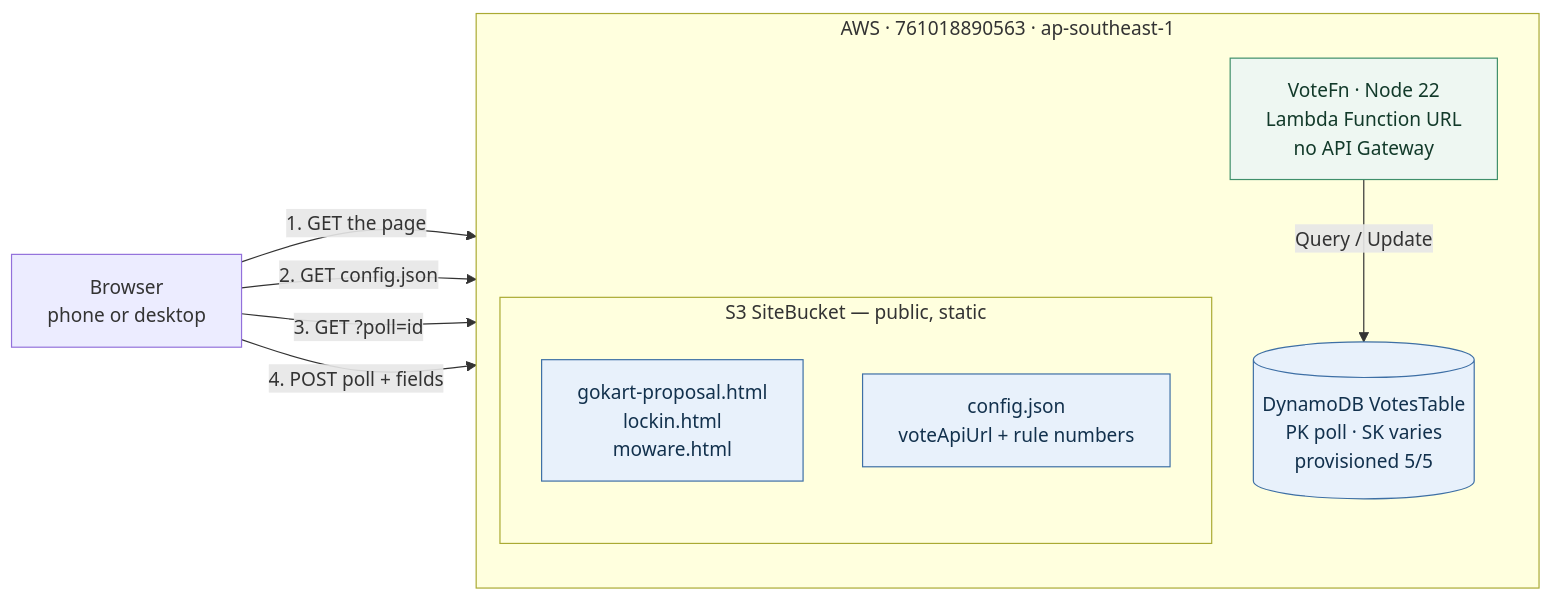
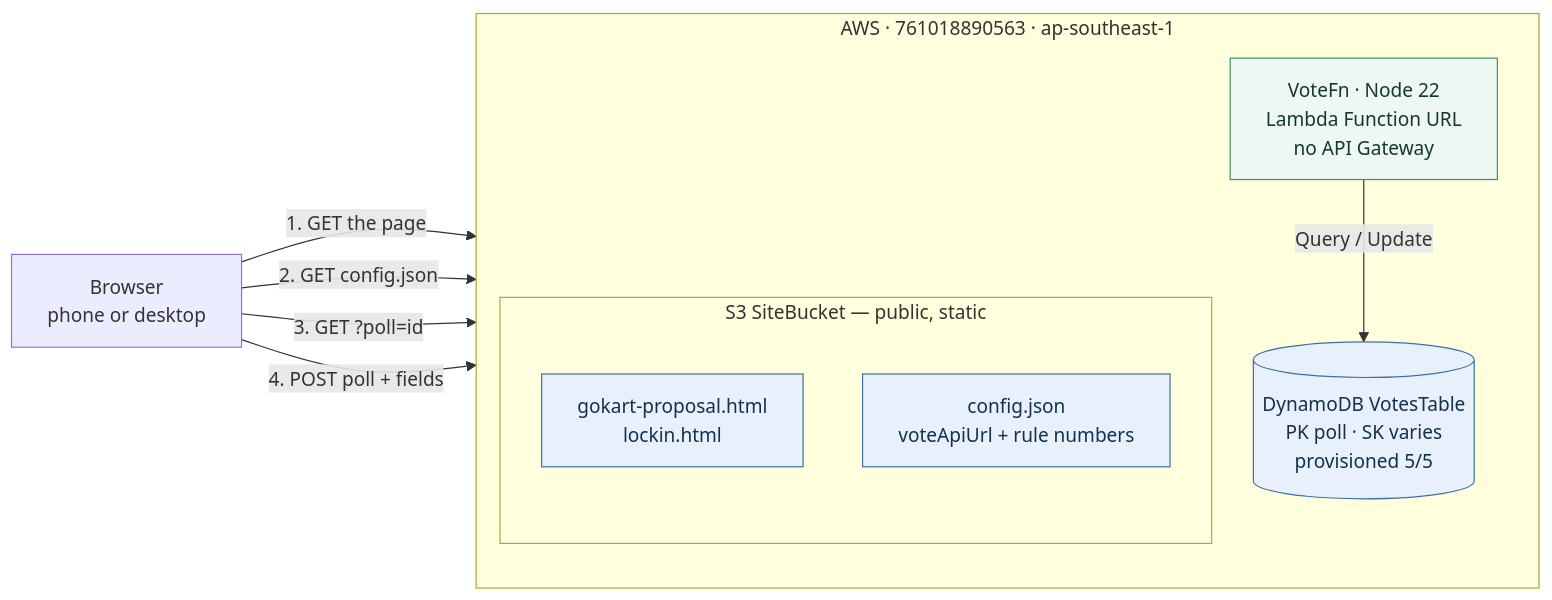
The first of 2 diagrams in README.md (amirrhkm/flexsite), drawn with Mermaid before and after one commit. The commit also changed other lines of this file and 2 other files, not shown here.

First line of the commit message:
docs: reflect Moware's retirement across the docs

````diff
--- a/README.md
+++ b/README.md
@@ -24,25 +24,25 @@
 ```mermaid
 flowchart LR
   browser["Browser<br/>phone or desktop"]
 
   subgraph aws["AWS · 761018890563 · ap-southeast-1"]
     direction TB
     subgraph s3["S3 SiteBucket — public, static"]
-      pages["gokart-proposal.html<br/>lockin.html<br/>moware.html"]
+      pages["gokart-proposal.html<br/>lockin.html"]
       cfg["config.json<br/>voteApiUrl + rule numbers"]
     end
     fn["VoteFn · Node 22<br/>Lambda Function URL<br/>no API Gateway"]
     ddb[("DynamoDB VotesTable<br/>PK poll · SK varies<br/>provisioned 5/5")]
   end
 
   browser -->|"1. GET the page"| pages
   browser -->|"2. GET config.json"| cfg
   browser -->|"3. GET ?poll=id"| fn
   browser -->|"4. POST poll + fields"| fn
   fn -->|"Query / Update"| ddb
 
   classDef store fill:#e8f1fb,stroke:#3d6fa5,color:#12314d
   classDef comp fill:#eef7f2,stroke:#3f8f6b,color:#123a2a
   class pages,cfg,ddb store
   class fn comp
 ```
````
